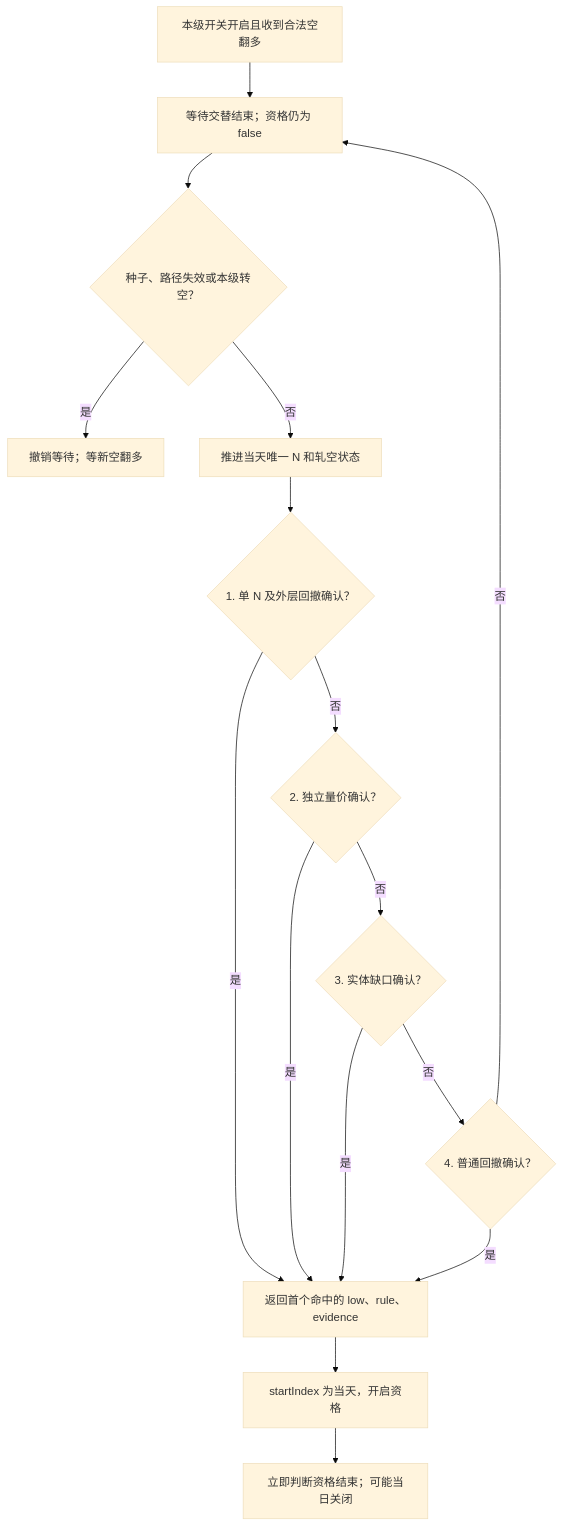
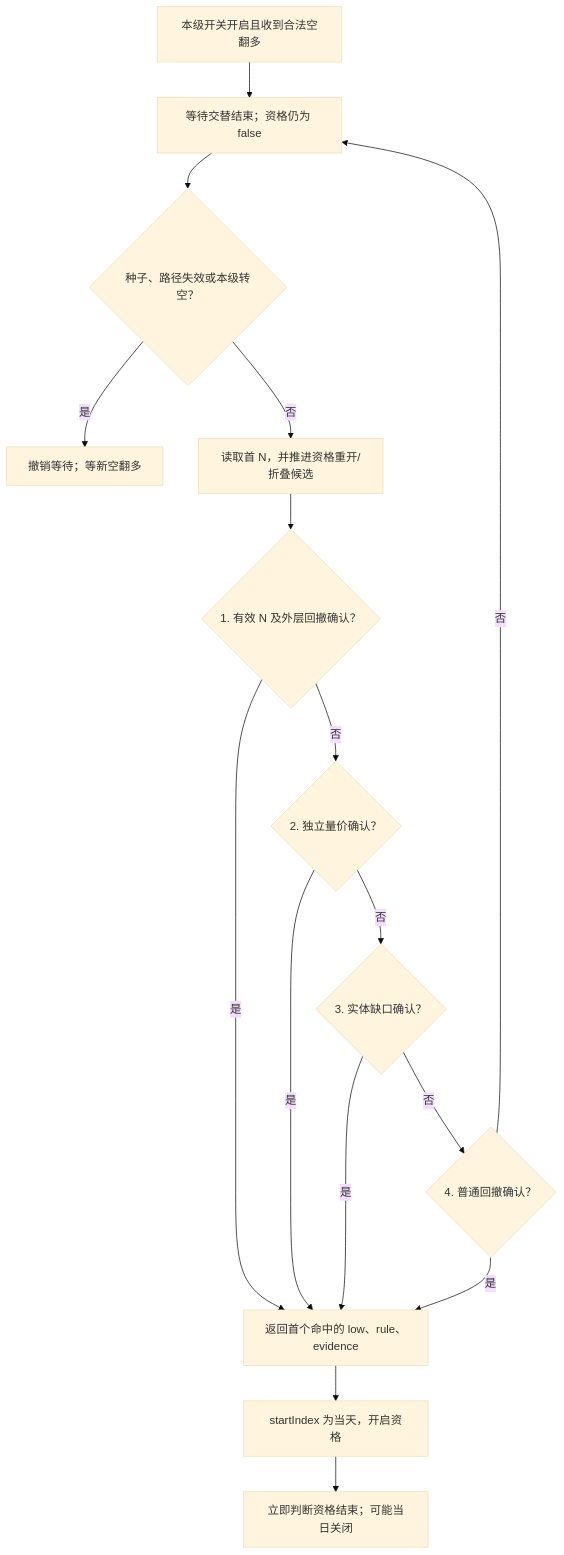
Before and after one commit to bobo553/wavequant-monorepo: the tenth of 25 diagrams in docs/trend-analysis-flow.md, drawn with Mermaid (base theme). The commit also changed other lines of this file and 39 other files, not shown here.

````diff
--- a/docs/trend-analysis-flow.md
+++ b/docs/trend-analysis-flow.md
@@ -295,18 +407,18 @@
 ```mermaid
 flowchart TD
     A["本级开关开启且收到合法空翻多"] --> B["等待交替结束；资格仍为 false"]
     B --> C{"种子、路径失效或本级转空？"}
     C -->|是| Z["撤销等待；等新空翻多"]
-    C -->|否| D["推进当天唯一 N 和轧空状态"]
-    D --> E{"1. 单 N 及外层回撤确认？"}
+    C -->|否| D["读取首 N，并推进资格重开/折叠候选"]
+    D --> E{"1. 有效 N 及外层回撤确认？"}
     E -->|否| F{"2. 独立量价确认？"}
     F -->|否| G{"3. 实体缺口确认？"}
     G -->|否| H{"4. 普通回撤确认？"}
     H -->|否| B
     E -->|是| I["返回首个命中的 low、rule、evidence"]
     F -->|是| I
     G -->|是| I
     H -->|是| I
     I --> J["startIndex 为当天，开启资格"]
     J --> K["立即判断资格结束；可能当日关闭"]
 ```
````
